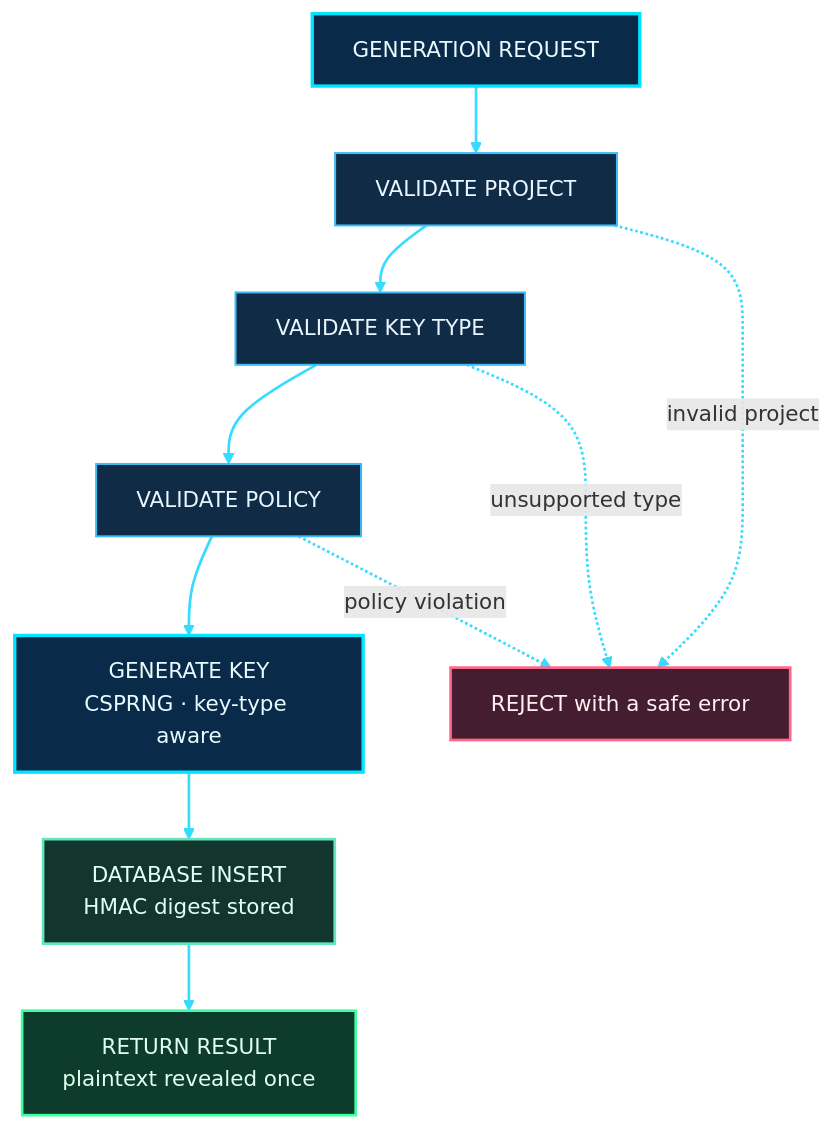
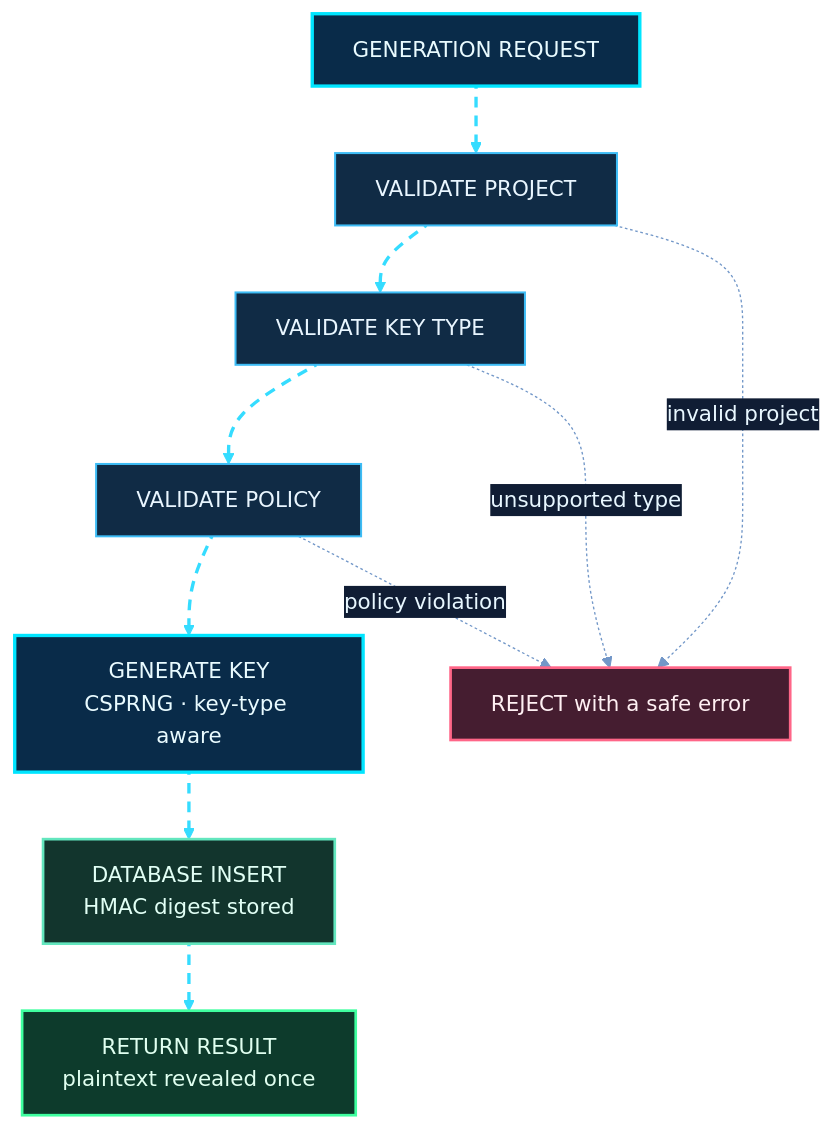
One commit to shajeduzzamanenan992008inc/NexOra-Database-key-Gen changed the ninth of 23 diagrams in README.md. Above: the diagram before and after it, drawn with Mermaid. The commit also changed other lines of this file, not shown here.

````diff
--- a/README.md
+++ b/README.md
@@ -895,30 +917,33 @@
 ```mermaid
+%%{init: {"theme":"base","themeVariables":{"darkMode":true,"background":"#07111f","primaryColor":"#102744","primaryTextColor":"#e8f7ff","primaryBorderColor":"#00d9ff","lineColor":"#7297c8","secondaryColor":"#261d45","secondaryTextColor":"#f3eaff","secondaryBorderColor":"#a78bfa","tertiaryColor":"#12332b","tertiaryTextColor":"#e0fff1","tertiaryBorderColor":"#41e6a2","fontFamily":"Inter, Segoe UI, sans-serif","edgeLabelBackground":"#101d34","mainBkg":"#102744","nodeBorder":"#00d9ff","clusterBkg":"#0b1930","clusterBorder":"#6f7dff","actorBkg":"#102744","actorBorder":"#00d9ff","actorTextColor":"#e8f7ff","signalColor":"#64d8ff","signalTextColor":"#e8f7ff","noteBkgColor":"#0e332b","noteBorderColor":"#41e6a2","noteTextColor":"#e0fff1"}}}%%
 flowchart TD
-    G0["GENERATION REQUEST"] --> G1["VALIDATE PROJECT"]
-    G1 --> G2["VALIDATE KEY TYPE"]
-    G2 --> G3["VALIDATE POLICY"]
-    G3 --> G4["GENERATE KEY<br/>CSPRNG · key-type aware"]
-    G4 --> G5["DATABASE INSERT<br/>HMAC digest stored"]
-    G5 --> G6["RETURN RESULT<br/>plaintext revealed once"]
+    G0["GENERATION REQUEST"] nx08e01@--> G1["VALIDATE PROJECT"]
+    G1 nx08e02@--> G2["VALIDATE KEY TYPE"]
+    G2 nx08e03@--> G3["VALIDATE POLICY"]
+    G3 nx08e04@--> G4["GENERATE KEY<br/>CSPRNG · key-type aware"]
+    G4 nx08e05@--> G5["DATABASE INSERT<br/>HMAC digest stored"]
+    G5 nx08e06@--> G6["RETURN RESULT<br/>plaintext revealed once"]
     G1 -.->|"invalid project"| GX["REJECT with a safe error"]
     G2 -.->|"unsupported type"| GX
     G3 -.->|"policy violation"| GX
 
     %% OMEGA NEX-ORA visual classes
     %% OMEGA NEX-ORA / ULTRA NEON PALETTE
     classDef nxCore fill:#092b49,stroke:#00e5ff,stroke-width:2.5px,color:#e9fbff;
     classDef nxProcess fill:#102b45,stroke:#3dbcf5,stroke-width:1.5px,color:#e9f6ff;
     classDef nxDecision fill:#2b2050,stroke:#b38cff,stroke-width:2px,color:#f3edff;
     classDef nxSuccess fill:#0d3b2c,stroke:#3fffa0,stroke-width:2px,color:#e0fff0;
     classDef nxDanger fill:#451d30,stroke:#ff6688,stroke-width:2px,color:#fff0f3;
     classDef nxData fill:#12352d,stroke:#63e6be,stroke-width:2px,color:#e1fff5;
     classDef nxExternal fill:#2b2149,stroke:#c4a5ff,stroke-width:2px,color:#f3ecff;
     classDef nxInfo fill:#17253e,stroke:#91a7c9,stroke-width:1.5px,color:#e5efff;
     classDef nxWarning fill:#453116,stroke:#fbbf24,stroke-width:2px,color:#fff6d6;
+    %% Moving dashed route: Mermaid applies this class to explicitly identified edges.
+    classDef nxAnimated stroke:#35dcff,stroke-width:2.5px,stroke-dasharray:8\,6,stroke-dashoffset:1000,animation:dash 24s linear infinite;
     class G0,G4 nxCore;
     class G1,G2,G3 nxProcess;
     class G5 nxData;
     class G6 nxSuccess;
     class GX nxDanger;
-    linkStyle default stroke:#35dcff,stroke-width:2px;
+    class nx08e01,nx08e02,nx08e03,nx08e04,nx08e05,nx08e06 nxAnimated;
 ```
````
